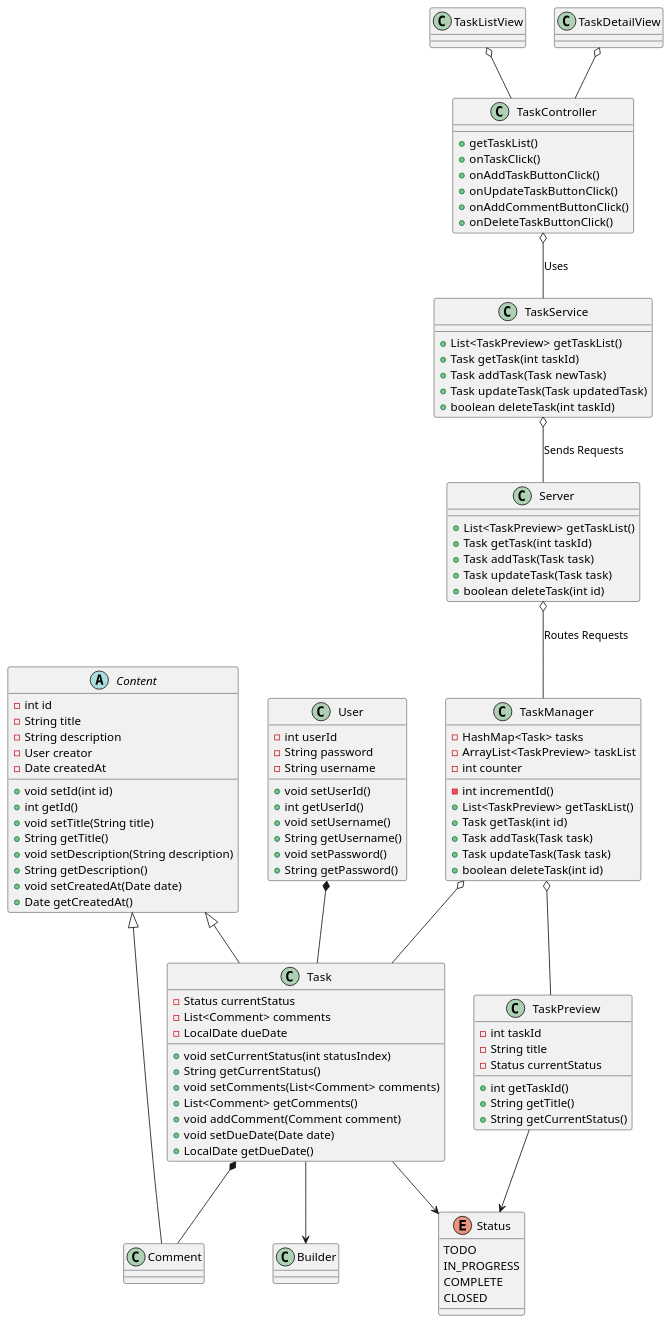
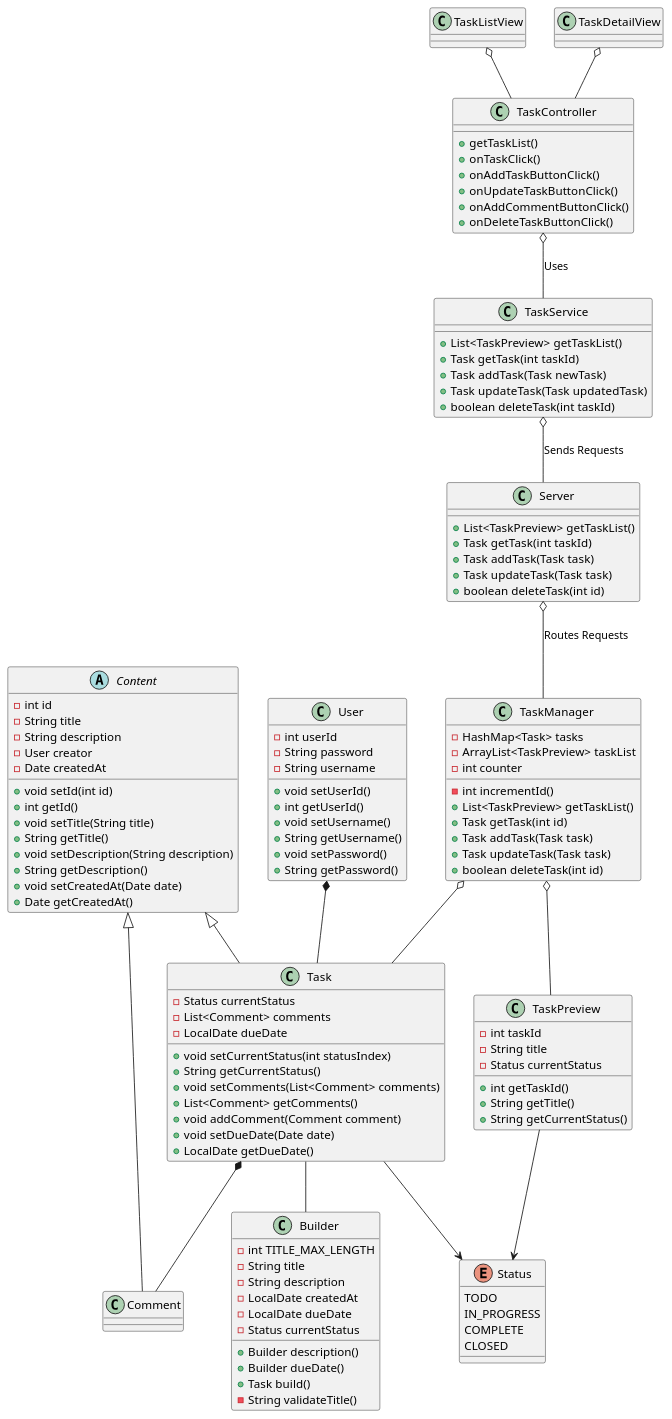
One commit to dalibran/javafinalp1 changed the diagram in uml/class.puml. Above: the diagram before and after it, drawn with PlantUML. The commit also changed 5 other files, not shown here.

```diff
--- a/uml/class.puml
+++ b/uml/class.puml
@@ -1,125 +1,136 @@
 @startuml
 'https://plantuml.com/class-diagram
 
 abstract class Content {
     - int id
     - String title
     - String description
     - User creator
     - Date createdAt
     + void setId(int id)
     + int getId()
     + void setTitle(String title)
     + String getTitle()
     + void setDescription(String description)
     + String getDescription()
     + void setCreatedAt(Date date)
     + Date getCreatedAt()
 }
 
 enum Status {
     TODO
     IN_PROGRESS
     COMPLETE
     CLOSED
 }
 
 class Task {
     - Status currentStatus
     - List<Comment> comments
     - LocalDate dueDate
     + void setCurrentStatus(int statusIndex)
     + String getCurrentStatus()
     + void setComments(List<Comment> comments)
     + List<Comment> getComments()
     + void addComment(Comment comment)
     + void setDueDate(Date date)
     + LocalDate getDueDate()
 }
 
 class Builder {
+    - int TITLE_MAX_LENGTH
+    - String title
+    - String description
+    - LocalDate createdAt
+    - LocalDate dueDate
+    - Status currentStatus
+    + Builder description()
+    + Builder dueDate()
+    + Task build()
+    - String validateTitle()
+
 }
 
 class TaskPreview {
     - int taskId
     - String title
     - Status currentStatus
     + int getTaskId()
     + String getTitle()
     + String getCurrentStatus()
 }
 
 class Comment {
 }
 
 class User {
     - int userId
     - String password
     - String username
     + void setUserId()
     + int getUserId()
     + void setUsername()
     + String getUsername()
     + void setPassword()
     + String getPassword()
 }
 
 class TaskController {
     + getTaskList()
     + onTaskClick()
     + onAddTaskButtonClick()
     + onUpdateTaskButtonClick()
     + onAddCommentButtonClick()
     + onDeleteTaskButtonClick()
 }
 
 class TaskService {
     + List<TaskPreview> getTaskList()
     + Task getTask(int taskId)
     + Task addTask(Task newTask)
     + Task updateTask(Task updatedTask)
     + boolean deleteTask(int taskId)
 }
 
 class Server {
     + List<TaskPreview> getTaskList()
     + Task getTask(int taskId)
     + Task addTask(Task task)
     + Task updateTask(Task task)
     + boolean deleteTask(int id)
 }
 
 class TaskManager {
     - HashMap<Task> tasks
     - ArrayList<TaskPreview> taskList
     - int counter
     - int incrementId()
     + List<TaskPreview> getTaskList()
     + Task getTask(int id)
     + Task addTask(Task task)
     + Task updateTask(Task task)
     + boolean deleteTask(int id)
 }
 
 class TaskListView {
 }
 
 class TaskDetailView {
 }
 
 Content <|-- Task
 Content <|-- Comment
 Task *-- Comment
 User *-- Task
 TaskManager o-- Task
 TaskManager o-- TaskPreview
 TaskController o-- TaskService: Uses
 Task --> Status
-Task --> Builder
+Task -- Builder
 TaskPreview --> Status
 TaskListView o-- TaskController
 TaskDetailView o-- TaskController
 TaskService o-- Server: Sends Requests
 Server o-- TaskManager: Routes Requests
 
 @enduml
```
